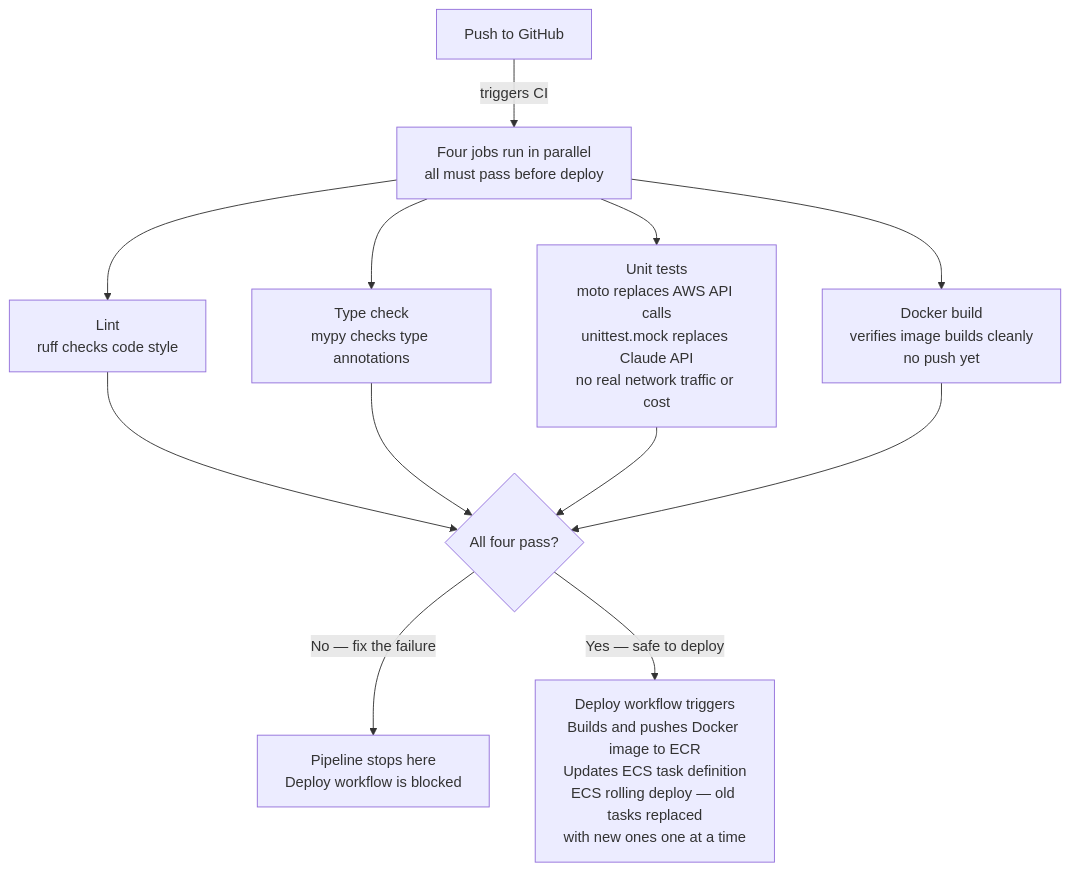
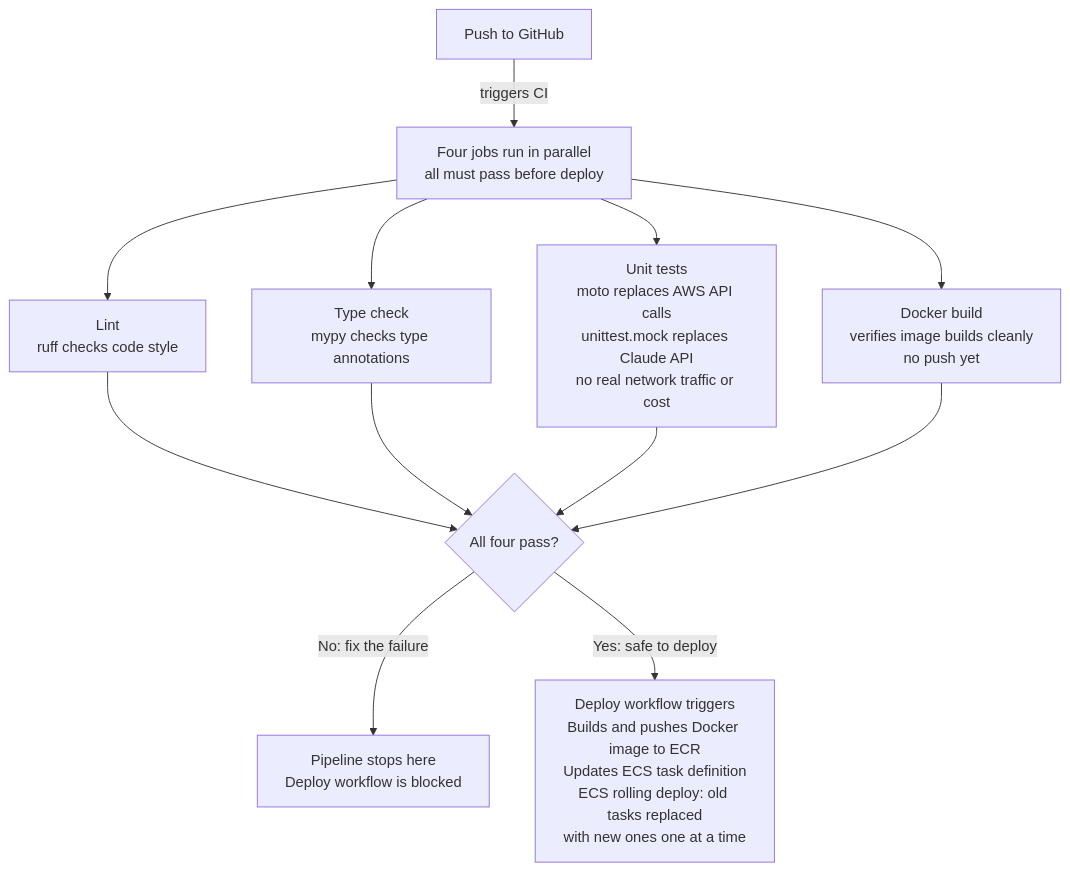
One commit to enterprise-data-platform-emeka/platform-analytics-agent changed the third of 3 diagrams in README.md. Above: the diagram before and after it, drawn with Mermaid. The commit also changed other lines of this file, not shown here.

````diff
--- a/README.md
+++ b/README.md
@@ -1348,14 +1348,14 @@
 ```mermaid
 flowchart TD
     A[Push to GitHub] -->|triggers CI| B[Four jobs run in parallel\nall must pass before deploy]
     B --> C[Lint\nruff checks code style]
     B --> D[Type check\nmypy checks type annotations]
     B --> E[Unit tests\nmoto replaces AWS API calls\nunittest.mock replaces Claude API\nno real network traffic or cost]
     B --> F[Docker build\nverifies image builds cleanly\nno push yet]
     C --> G{All four pass?}
     D --> G
     E --> G
     F --> G
-    G -->|No — fix the failure| H[Pipeline stops here\nDeploy workflow is blocked]
-    G -->|Yes — safe to deploy| I[Deploy workflow triggers\nBuilds and pushes Docker image to ECR\nUpdates ECS task definition\nECS rolling deploy — old tasks replaced\nwith new ones one at a time]
+    G -->|No: fix the failure| H[Pipeline stops here\nDeploy workflow is blocked]
+    G -->|Yes: safe to deploy| I[Deploy workflow triggers\nBuilds and pushes Docker image to ECR\nUpdates ECS task definition\nECS rolling deploy: old tasks replaced\nwith new ones one at a time]
 ```
````
